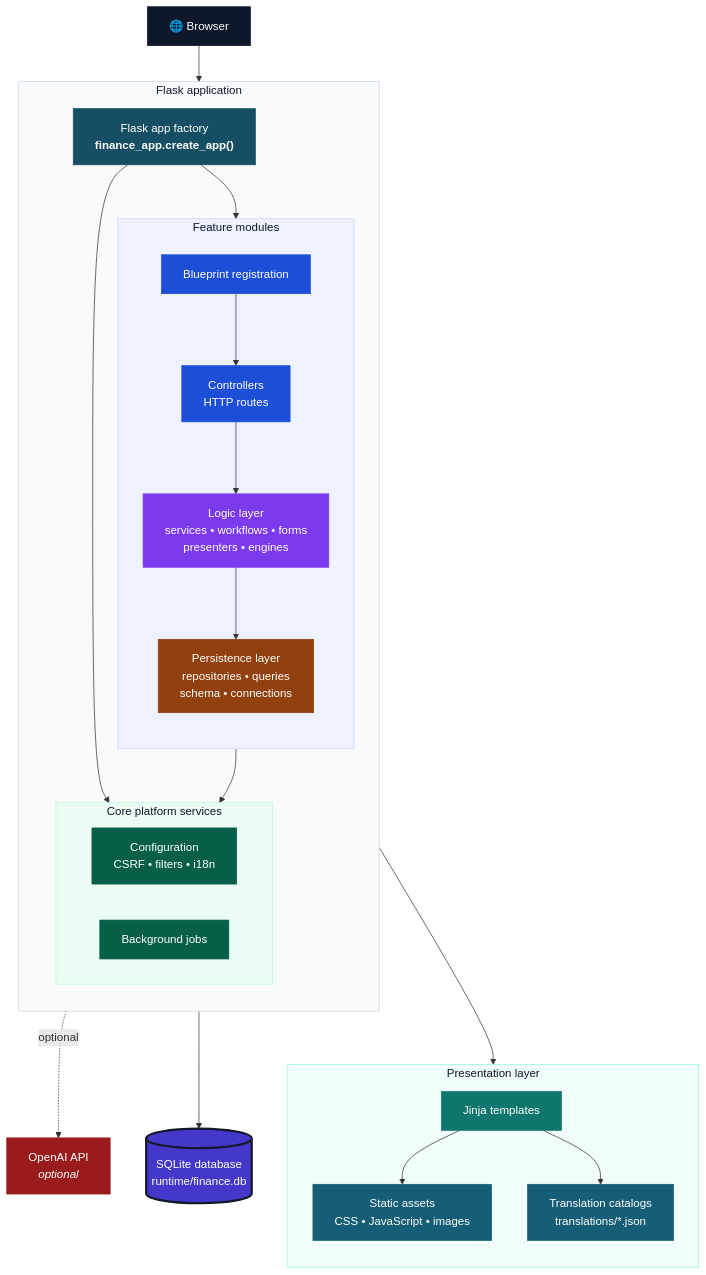
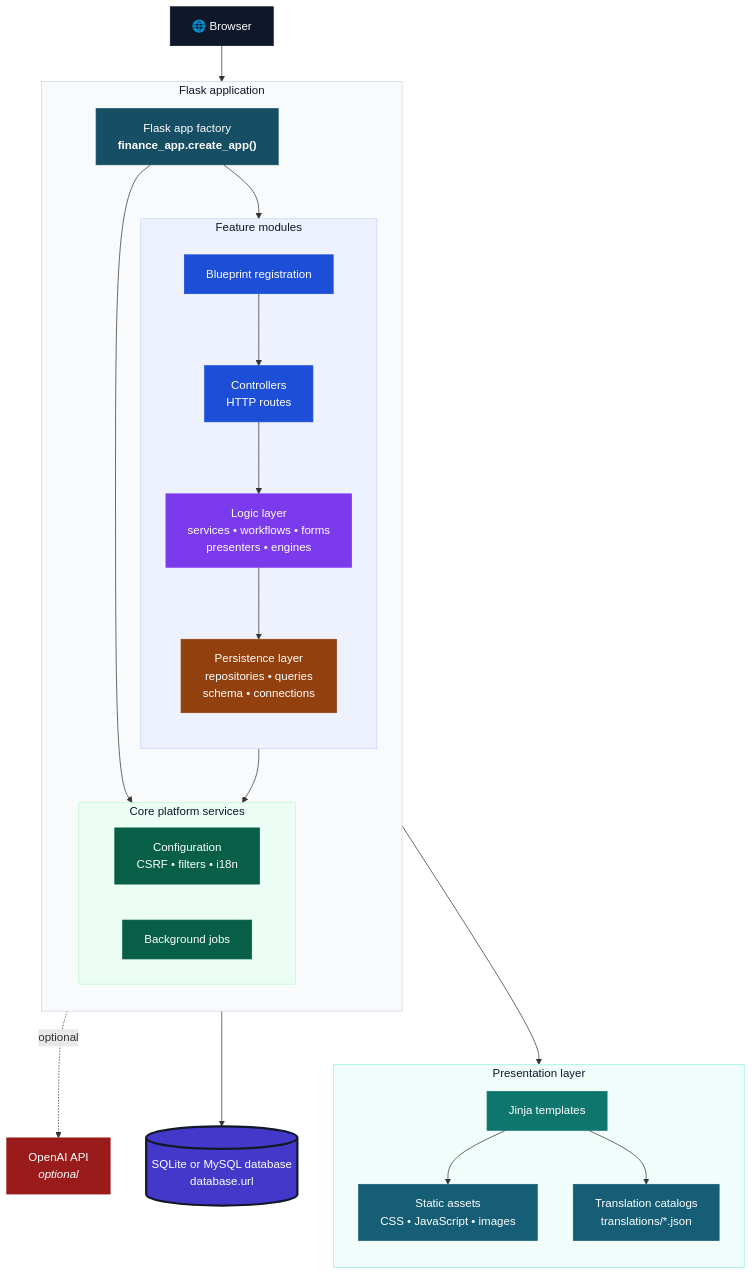
The diagram in docs/diagrams/architecture.mmd (esyriani/FinScope), drawn with Mermaid before and after one commit. The commit also changed 71 other files, not shown here.

```diff
--- a/docs/diagrams/architecture.mmd
+++ b/docs/diagrams/architecture.mmd
@@ -1,78 +1,78 @@
 flowchart TB
 
     browser["🌐 Browser"]
 
     subgraph app["Flask application"]
         direction TB
 
         flask["Flask app factory<br/><b>finance_app.create_app()</b>"]
 
         subgraph features["Feature modules"]
             direction TB
             blueprints["Blueprint registration"]
             controllers["Controllers<br/>HTTP routes"]
             logic["Logic layer<br/>services • workflows • forms<br/>presenters • engines"]
             persistence["Persistence layer<br/>repositories • queries<br/>schema • connections"]
         end
 
         subgraph platform["Core platform services"]
             direction LR
             core["Configuration<br/>CSRF • filters • i18n"]
             background["Background jobs"]
         end
     end
 
     subgraph frontend["Presentation layer"]
         direction TB
         templates["Jinja templates"]
         static["Static assets<br/>CSS • JavaScript • images"]
         translations["Translation catalogs<br/>translations/*.json"]
     end
 
-    sqlite[("SQLite database<br/>runtime/finance.db")]
+    db[("SQLite or MySQL database<br/>database.url")]
     openai["OpenAI API<br/><i>optional</i>"]
 
     browser --> flask
 
     flask --> blueprints
     flask --> core
 
     blueprints --> controllers
     controllers --> logic
     controllers --> templates
 
     logic --> persistence
     logic --> background
     logic -. optional .-> openai
 
-    persistence --> sqlite
+    persistence --> db
 
     templates --> static
     templates --> translations
 
     classDef client fill:#0f172a,stroke:#0f172a,color:#ffffff;
     classDef factory fill:#164e63,stroke:#164e63,color:#ffffff;
     classDef platformNode fill:#065f46,stroke:#065f46,color:#ffffff;
     classDef controller fill:#1d4ed8,stroke:#1d4ed8,color:#ffffff;
     classDef logicLayer fill:#7c3aed,stroke:#7c3aed,color:#ffffff;
     classDef persistenceLayer fill:#92400e,stroke:#92400e,color:#ffffff;
     classDef presentation fill:#0f766e,stroke:#0f766e,color:#ffffff;
     classDef asset fill:#155e75,stroke:#155e75,color:#ffffff;
     classDef database fill:#4338ca,stroke:#111827,stroke-width:3px,color:#ffffff;
     classDef external fill:#991b1b,stroke:#991b1b,color:#ffffff;
 
     class browser client;
     class flask factory;
     class core,background platformNode;
     class blueprints,controllers controller;
     class logic logicLayer;
     class persistence persistenceLayer;
     class templates presentation;
     class static,translations asset;
-    class sqlite database;
+    class db database;
     class openai external;
 
     style app fill:#f8fafc,stroke:#cbd5e1,color:#0f172a;
     style features fill:#eef2ff,stroke:#c7d2fe,color:#0f172a;
     style platform fill:#ecfdf5,stroke:#bbf7d0,color:#0f172a;
     style frontend fill:#f0fdfa,stroke:#99f6e4,color:#0f172a;
```
